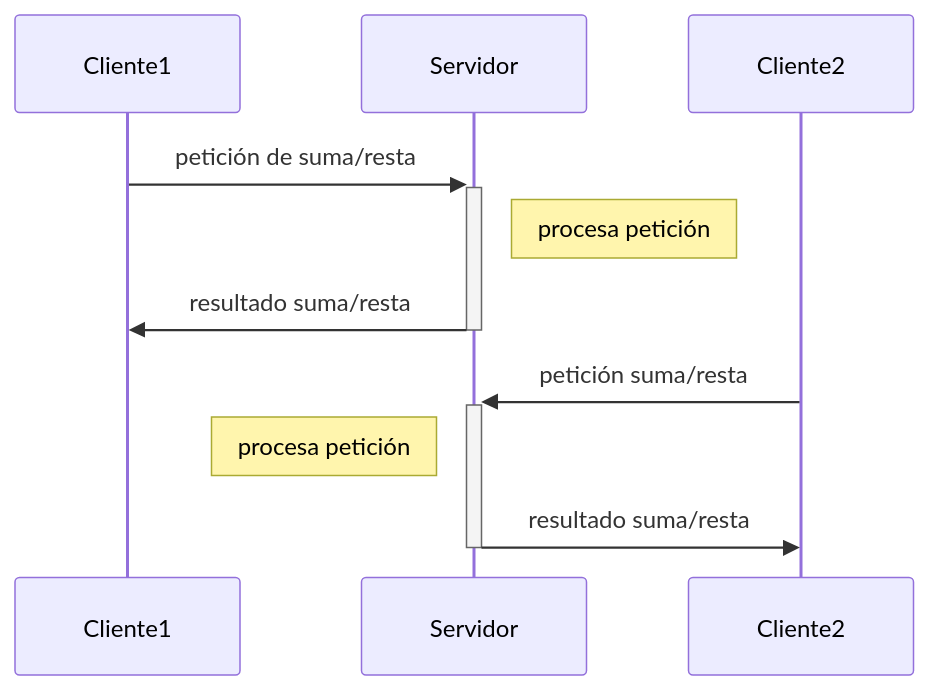
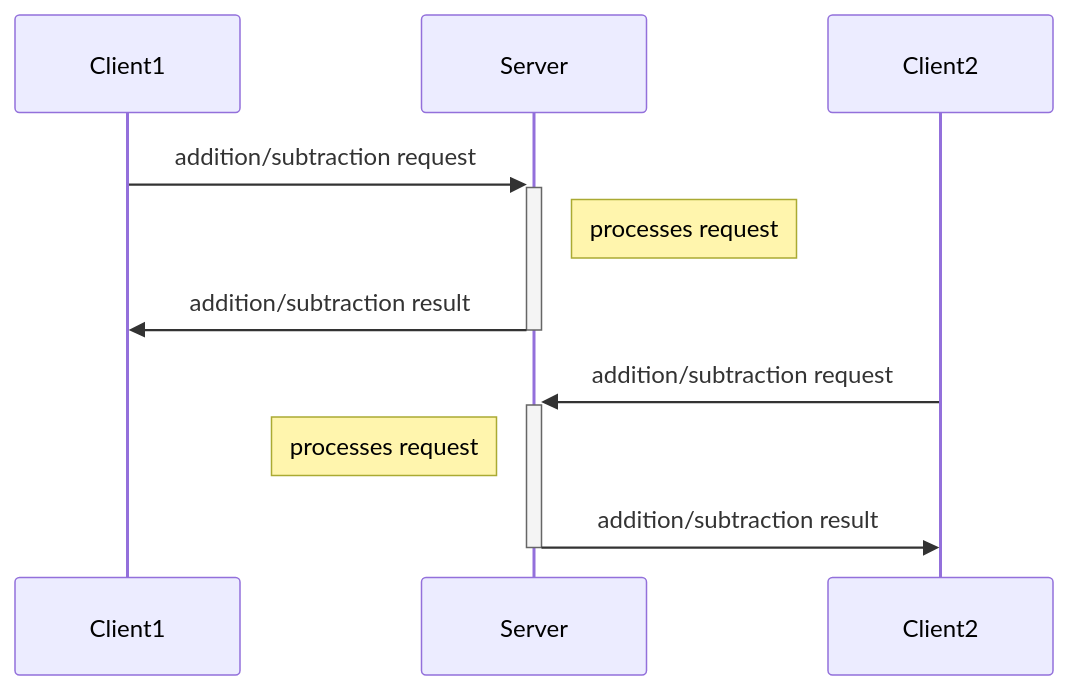
The first of 2 diagrams in materials/topic-sockets/exercise_sockets_calculator.md (acaldero/uc3m_ds), drawn with Mermaid before and after one commit. The commit also changed other lines of this file, not shown here.

````diff
--- a/materials/topic-sockets/exercise_sockets_calculator.md
+++ b/materials/topic-sockets/exercise_sockets_calculator.md
@@ -113,10 +112,10 @@
    ```mermaid
-    sequenceDiagram
-      Cliente1  ->>+  Servidor: petición de suma/resta
-      Note right of Servidor: procesa petición
-      Servidor ->>-   Cliente1: resultado suma/resta
+   sequenceDiagram
+   Client1 ->>+ Server: addition/subtraction request
+   Note right of Server: processes request
+   Server ->>- Client1: addition/subtraction result
 
-      Cliente2  ->>+  Servidor: petición suma/resta
-      Note left of Servidor: procesa petición
-      Servidor ->>-   Cliente2: resultado suma/resta
+   Client2 ->>+ Server: addition/subtraction request
+   Note left of Server: processes request
+   Server ->>- Client2: addition/subtraction result
    ```
````
